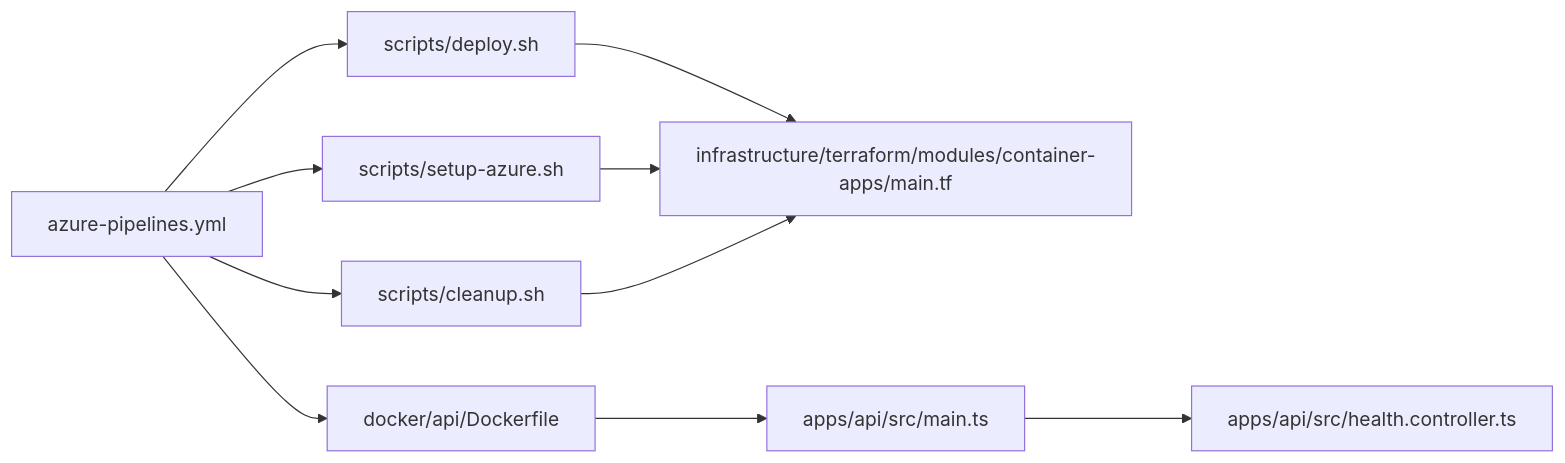
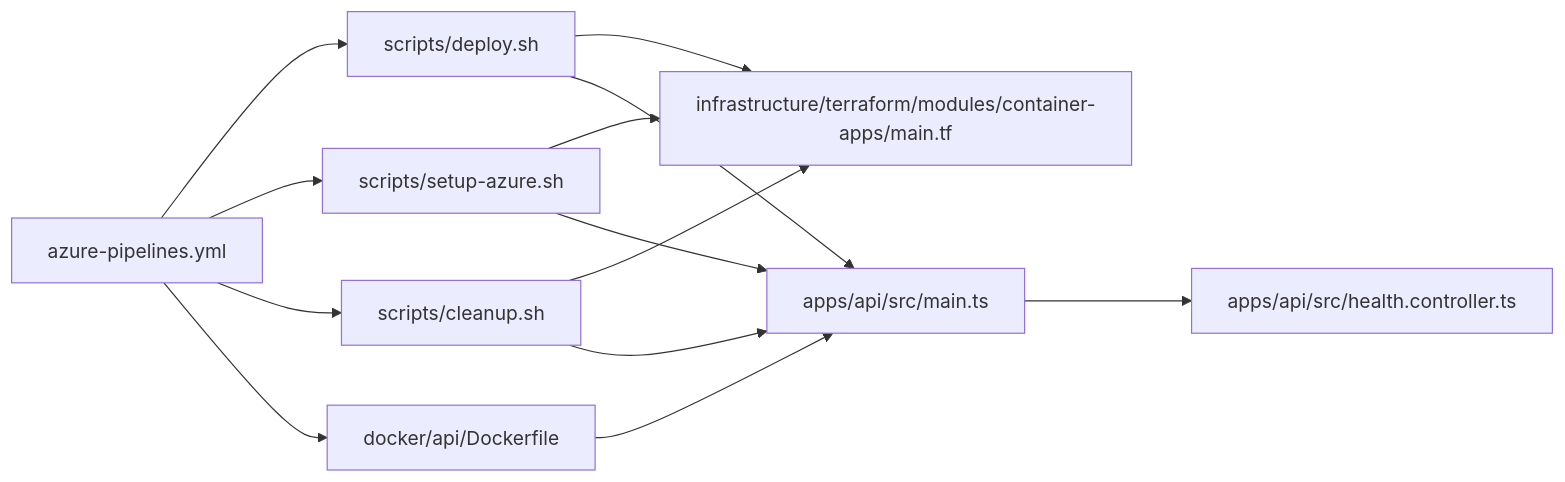
The tenth of 10 diagrams in .qoder/repowiki/en/content/Deployment and Infrastructure/CI_CD Pipeline.md (Avi-Bendetsky/Quiz-to-build), drawn with Mermaid before and after one commit. The commit also changed other lines of this file and 41 other files, not shown here.

````diff
--- a/.qoder/repowiki/en/content/Deployment and Infrastructure/CI_CD Pipeline.md
+++ b/.qoder/repowiki/en/content/Deployment and Infrastructure/CI_CD Pipeline.md
@@ -324,12 +425,15 @@
 ```mermaid
 graph LR
 AYP["azure-pipelines.yml"] --> DEP["scripts/deploy.sh"]
 AYP --> SET["scripts/setup-azure.sh"]
 AYP --> CLN["scripts/cleanup.sh"]
 DEP --> TFM["infrastructure/terraform/modules/container-apps/main.tf"]
 SET --> TFM
 CLN --> TFM
 AYP --> IMG["docker/api/Dockerfile"]
 IMG --> APP["apps/api/src/main.ts"]
 APP --> HC["apps/api/src/health.controller.ts"]
+DEP --> APP
+SET --> APP
+CLN --> APP
 ```
````
